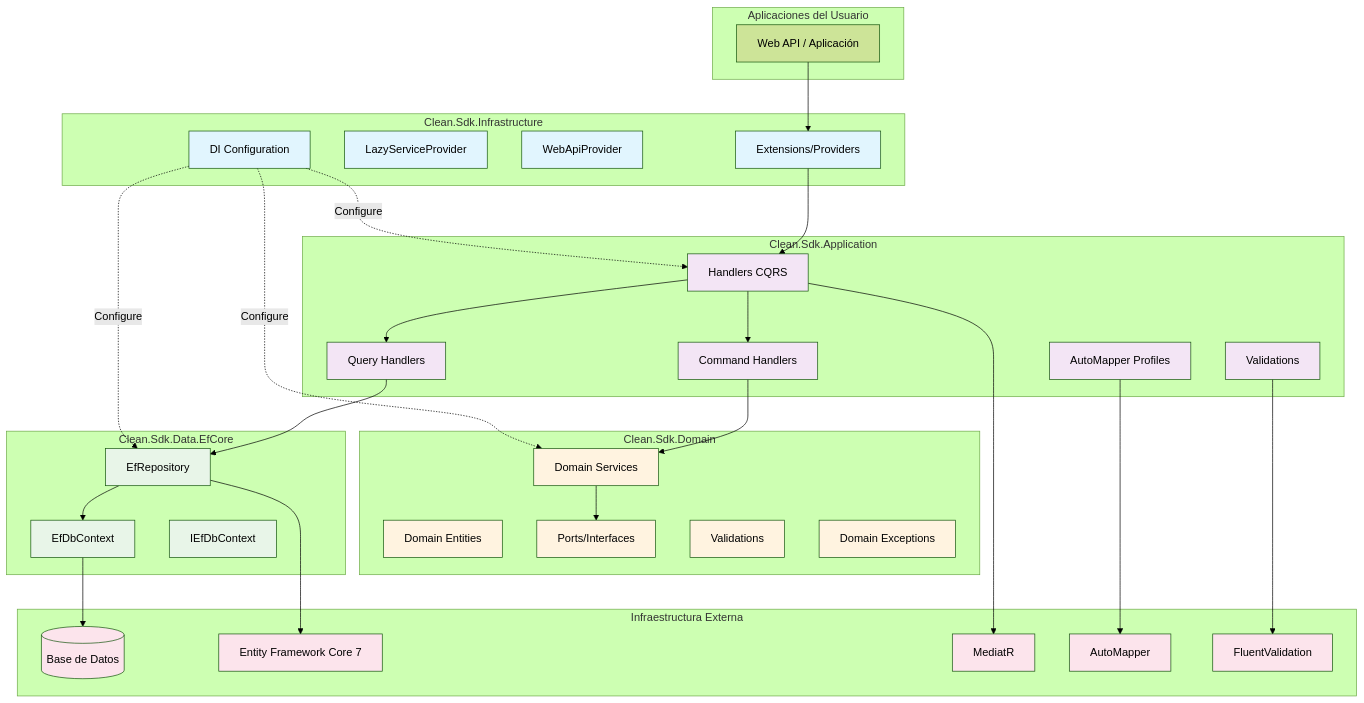
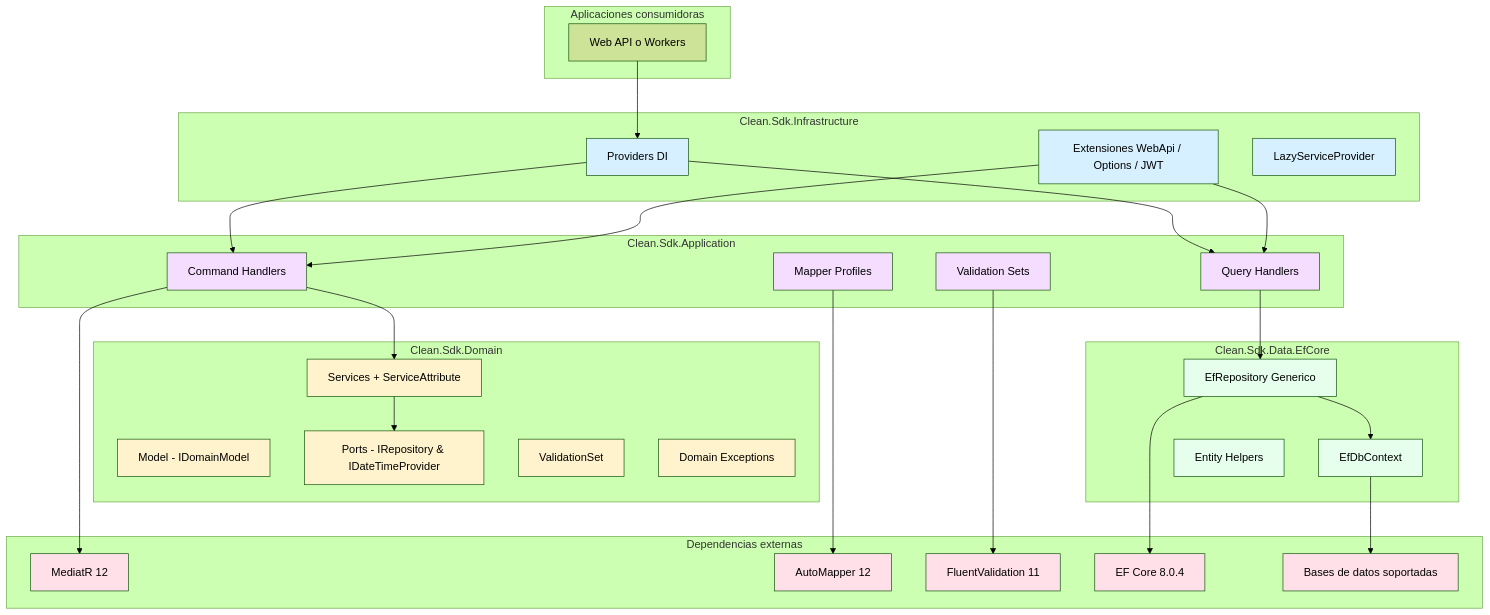
The first of 3 diagrams in architecture/index.md (GbsoDev/Clean.Sdk), drawn with Mermaid (forest theme) before and after one commit. The commit also changed other lines of this file and 12 other files, not shown here.

Commit message:
refactor: separate domain entities from models and update architecture docs

````diff
--- a/architecture/index.md
+++ b/architecture/index.md
@@ -32,74 +29,69 @@
 ```mermaid
 graph TB
-    subgraph "Aplicaciones del Usuario"
-        APP[Web API / Aplicación]
-    end
+  subgraph "Aplicaciones consumidoras"
+    APP[Web API o Workers]
+  end
 
-    subgraph "Clean.Sdk.Infrastructure"
-        INF_EXT[Extensions/Providers]
-        INF_LAZY[LazyServiceProvider]
-        INF_WEB[WebApiProvider]
-        INF_DI[DI Configuration]
-    end
+  subgraph "Clean.Sdk.Infrastructure"
+    INF_DI[Providers DI]
+    INF_EXT[Extensiones WebApi / Options / JWT]
+    INF_LAZY[LazyServiceProvider]
+  end
 
-    subgraph "Clean.Sdk.Application"
-        APP_HANDLERS[Handlers CQRS]
-        APP_CMD[Command Handlers]
-        APP_QRY[Query Handlers]
-        APP_VAL[Validations]
-        APP_MAP[AutoMapper Profiles]
-    end
+  subgraph "Clean.Sdk.Application"
+    APP_CMD[Command Handlers]
+    APP_QRY[Query Handlers]
+    APP_MAP[Mapper Profiles]
+    APP_VAL[Validation Sets]
+  end
 
-    subgraph "Clean.Sdk.Domain"
-        DOM_ENT[Domain Entities]
-        DOM_PORTS[Ports/Interfaces]
-        DOM_SVC[Domain Services]
-        DOM_VAL[Validations]
-        DOM_EXC[Domain Exceptions]
-    end
+  subgraph "Clean.Sdk.Domain"
+    DOM_MODEL[Model - IDomainModel]
+    DOM_PORTS[Ports - IRepository & IDateTimeProvider]
+    DOM_SERV[Services + ServiceAttribute]
+    DOM_VALID[ValidationSet]
+    DOM_EXC[Domain Exceptions]
+  end
 
-    subgraph "Clean.Sdk.Data.EfCore"
-        DATA_REPO[EfRepository]
-        DATA_CTX[EfDbContext]
-        DATA_IFACE[IEfDbContext]
-    end
+  subgraph "Clean.Sdk.Data.EfCore"
+    DATA_REPO[EfRepository Generico]
+    DATA_CTX[EfDbContext]
+    DATA_ENT[Entity Helpers]
+  end
 
-    subgraph "Infraestructura Externa"
-        EXT_DB[(Base de Datos)]
-        EXT_EF[Entity Framework Core 7]
-        EXT_MED[MediatR]
-        EXT_AM[AutoMapper]
-        EXT_FV[FluentValidation]
-    end
+  subgraph "Dependencias externas"
+    EXT_MED[MediatR 12]
+    EXT_AM[AutoMapper 12]
+    EXT_FV[FluentValidation 11]
+    EXT_EF[EF Core 8.0.4]
+    EXT_DB[Bases de datos soportadas]
+  end
 
-    APP --> INF_EXT
-    INF_EXT --> APP_HANDLERS
-    APP_HANDLERS --> APP_CMD
-    APP_HANDLERS --> APP_QRY
-    APP_CMD --> DOM_SVC
-    APP_QRY --> DATA_REPO
-    DOM_SVC --> DOM_PORTS
-    DATA_REPO --> DATA_CTX
-    DATA_CTX --> EXT_DB
-    
-    APP_HANDLERS --> EXT_MED
-    APP_MAP --> EXT_AM
-    APP_VAL --> EXT_FV
-    DATA_REPO --> EXT_EF
-    
-    INF_DI -.->|Configure| APP_HANDLERS
-    INF_DI -.->|Configure| DATA_REPO
-    INF_DI -.->|Configure| DOM_SVC
+  APP --> INF_DI
+  INF_DI --> APP_CMD
+  INF_DI --> APP_QRY
+  INF_EXT --> APP_CMD
+  INF_EXT --> APP_QRY
+  APP_CMD --> DOM_SERV
+  APP_QRY --> DATA_REPO
+  DOM_SERV --> DOM_PORTS
+  DATA_REPO --> DATA_CTX
+  DATA_CTX --> EXT_DB
 
-    classDef infrastructure fill:#e1f5fe
-    classDef application fill:#f3e5f5
-    classDef domain fill:#fff3e0
-    classDef data fill:#e8f5e8
-    classDef external fill:#fce4ec
+  APP_CMD --> EXT_MED
+  APP_MAP --> EXT_AM
+  APP_VAL --> EXT_FV
+  DATA_REPO --> EXT_EF
 
-    class INF_EXT,INF_LAZY,INF_WEB,INF_DI infrastructure
-    class APP_HANDLERS,APP_CMD,APP_QRY,APP_VAL,APP_MAP application
-    class DOM_ENT,DOM_PORTS,DOM_SVC,DOM_VAL,DOM_EXC domain
-    class DATA_REPO,DATA_CTX,DATA_IFACE data
-    class EXT_DB,EXT_EF,EXT_MED,EXT_AM,EXT_FV external
+  classDef infrastructure fill:#d7f0ff
+  classDef application fill:#f5ddff
+  classDef domain fill:#fff3cd
+  classDef data fill:#e5ffec
+  classDef external fill:#ffe0e9
+
+  class INF_DI,INF_EXT,INF_LAZY infrastructure
+  class APP_CMD,APP_QRY,APP_MAP,APP_VAL application
+  class DOM_MODEL,DOM_PORTS,DOM_SERV,DOM_VALID,DOM_EXC domain
+  class DATA_REPO,DATA_CTX,DATA_ENT data
+  class EXT_MED,EXT_AM,EXT_FV,EXT_EF,EXT_DB external
 ```
````
